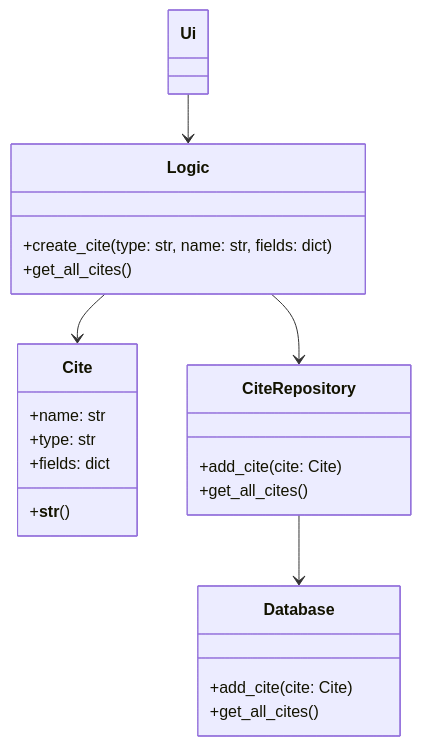
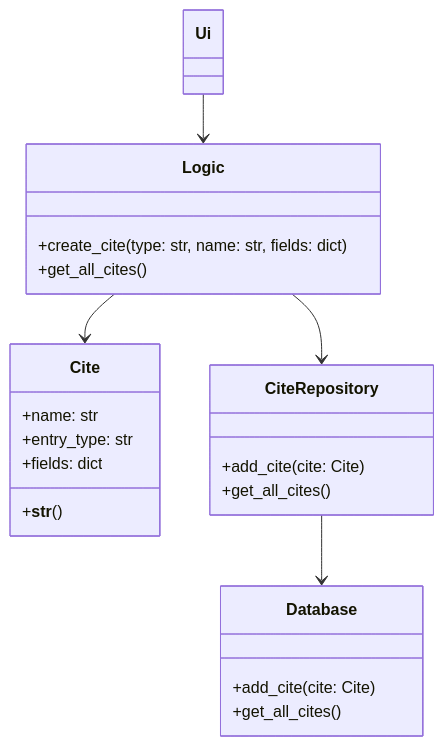
Before and after one commit to TheJiahao/ohtu-miniprojekti: the second of 2 diagrams in docs/arkkitehtuuri.md, drawn with Mermaid.

````diff
--- a/docs/arkkitehtuuri.md
+++ b/docs/arkkitehtuuri.md
@@ -23,29 +23,29 @@
 ```mermaid
 classDiagram
 Ui --> Logic
 Logic --> Cite
 Logic --> CiteRepository
 CiteRepository --> Database
 
 class Logic{
     +create_cite(type: str, name: str, fields: dict)
     +get_all_cites()
 }
 
 class Cite {
     +name: str
-    +type: str
+    +entry_type: str
     +fields: dict
     +__str__()
 }
 
 class CiteRepository {
     +add_cite(cite: Cite)
     +get_all_cites()
 }
 
 class Database {
     +add_cite(cite: Cite)
     +get_all_cites()
 }
 ```
````
